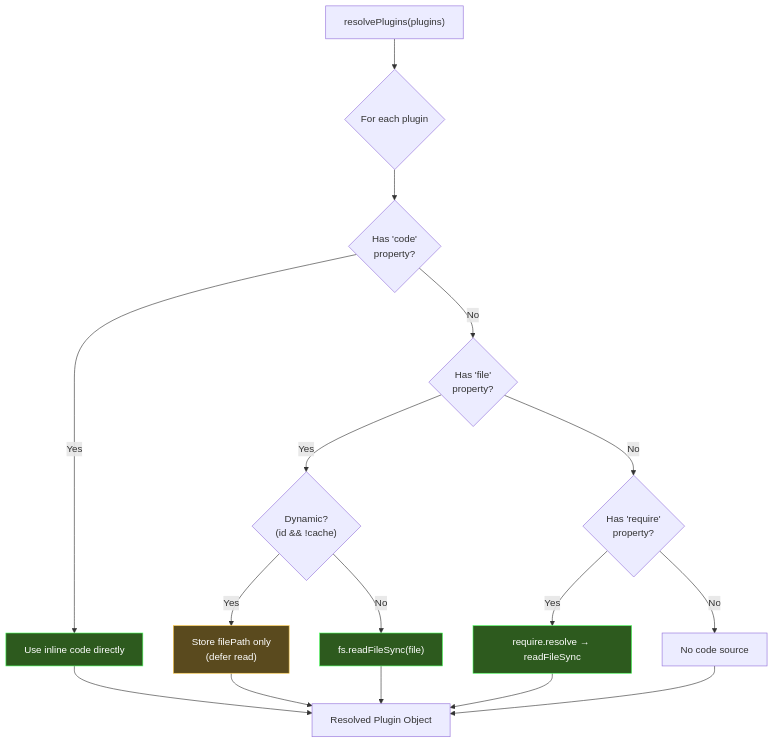
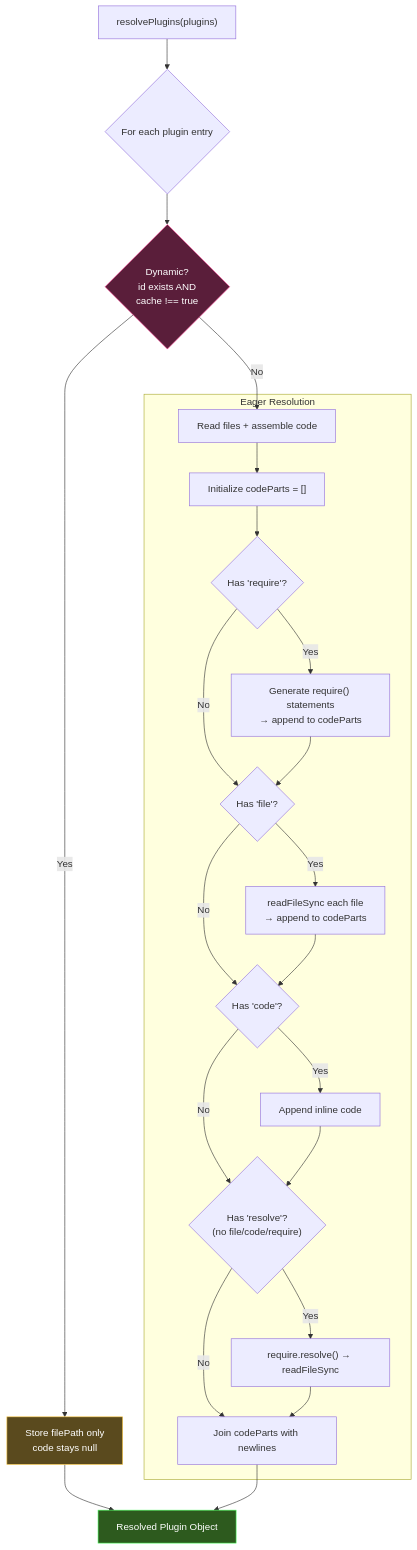
Before and after one commit to jerroldneal/podbay: the second of 5 diagrams in lib/docs/pods.md, drawn with Mermaid. The commit also changed other lines of this file and 110 other files, not shown here.

````diff
--- a/lib/docs/pods.md
+++ b/lib/docs/pods.md
@@ -98,24 +110,31 @@
 ```mermaid
 flowchart TD
-    A["resolvePlugins(plugins)"] --> B{"For each plugin"}
-    B --> C{"Has 'code'<br/>property?"}
-    C -->|Yes| D["Use inline code directly"]
-    C -->|No| E{"Has 'file'<br/>property?"}
-    E -->|Yes| F{"Dynamic?<br/>(id && !cache)"}
-    F -->|Yes| G["Store filePath only<br/>(defer read)"]
-    F -->|No| H["fs.readFileSync(file)"]
-    E -->|No| I{"Has 'require'<br/>property?"}
-    I -->|Yes| J["require.resolve → readFileSync"]
-    I -->|No| K["No code source"]
+    A["resolvePlugins(plugins)"] --> B{"For each plugin entry"}
+    B --> DYN{"Dynamic?<br/>id exists AND<br/>cache !== true"}
+    DYN -->|Yes| LAZY["Store filePath only<br/>code stays null"]
+    DYN -->|No| EAGER["Read files + assemble code"]
 
-    D --> L["Resolved Plugin Object"]
-    G --> L
-    H --> L
-    J --> L
-    K --> L
+    subgraph "Eager Resolution"
+        EAGER --> C["Initialize codeParts = []"]
+        C --> D{"Has 'require'?"}
+        D -->|Yes| D1["Generate require() statements<br/>→ append to codeParts"]
+        D -->|No| E
+        D1 --> E{"Has 'file'?"}
+        E -->|Yes| F2["readFileSync each file<br/>→ append to codeParts"]
+        E -->|No| G
+        F2 --> G{"Has 'code'?"}
+        G -->|Yes| G1["Append inline code"]
+        G -->|No| H
+        G1 --> H{"Has 'resolve'?<br/>(no file/code/require)"}
+        H -->|Yes| H1["require.resolve() → readFileSync"]
+        H -->|No| I["Join codeParts with newlines"]
+        H1 --> I
+    end
 
-    style D fill:#2d5a1e,stroke:#4aff5e,color:#fff
-    style H fill:#2d5a1e,stroke:#4aff5e,color:#fff
+    LAZY --> J["Resolved Plugin Object"]
+    I --> J
+
+    style DYN fill:#5a1e3a,stroke:#ff4a9a,color:#fff
+    style LAZY fill:#5a4a1e,stroke:#ffcc4a,color:#fff
     style J fill:#2d5a1e,stroke:#4aff5e,color:#fff
-    style G fill:#5a4a1e,stroke:#ffcc4a,color:#fff
 ```
````
